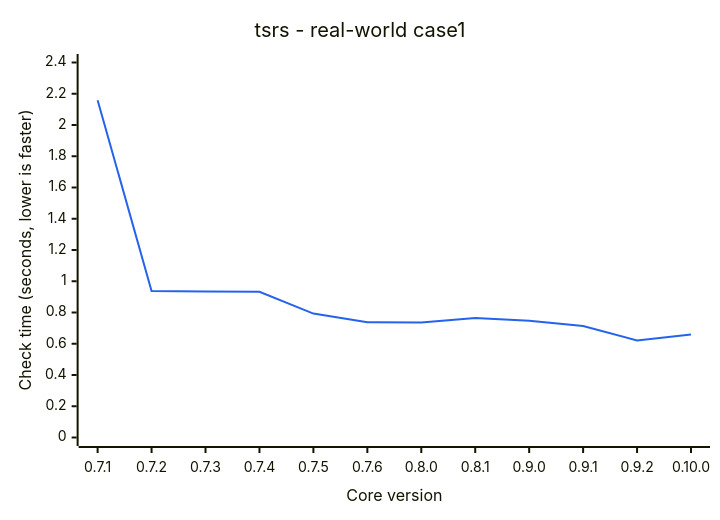
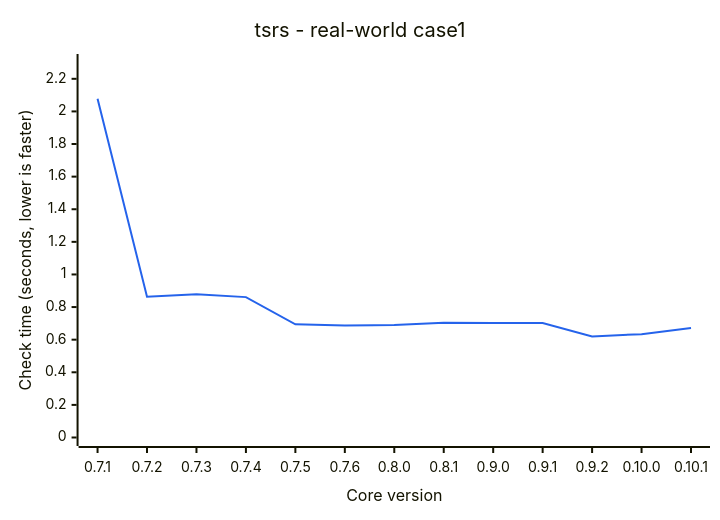
The diagram in README.md (ismailkarsli/TypeSQL), drawn with Mermaid before and after one commit. The commit also changed other lines of this file and 63 other files, not shown here.

````diff
--- a/README.md
+++ b/README.md
@@ -149,13 +149,13 @@
 ```mermaid
 ---
 config:
   themeVariables:
     xyChart:
       plotColorPalette: "#2563eb"
 ---
 xychart-beta
     title "tsrs - real-world case1"
-    x-axis "Core version" ["0.7.1", "0.7.2", "0.7.3", "0.7.4", "0.7.5", "0.7.6", "0.8.0", "0.8.1", "0.9.0", "0.9.1", "0.9.2", "0.10.0"]
-    y-axis "Check time (seconds, lower is faster)" 0 --> 2.4
-    line [2.159, 0.937, 0.934, 0.933, 0.793, 0.737, 0.736, 0.765, 0.747, 0.713, 0.621, 0.659]
+    x-axis "Core version" ["0.7.1", "0.7.2", "0.7.3", "0.7.4", "0.7.5", "0.7.6", "0.8.0", "0.8.1", "0.9.0", "0.9.1", "0.9.2", "0.10.0", "0.10.1"]
+    y-axis "Check time (seconds, lower is faster)" 0 --> 2.3
+    line [2.078, 0.863, 0.879, 0.861, 0.694, 0.687, 0.69, 0.704, 0.703, 0.702, 0.62, 0.634, 0.671]
 ```
````
